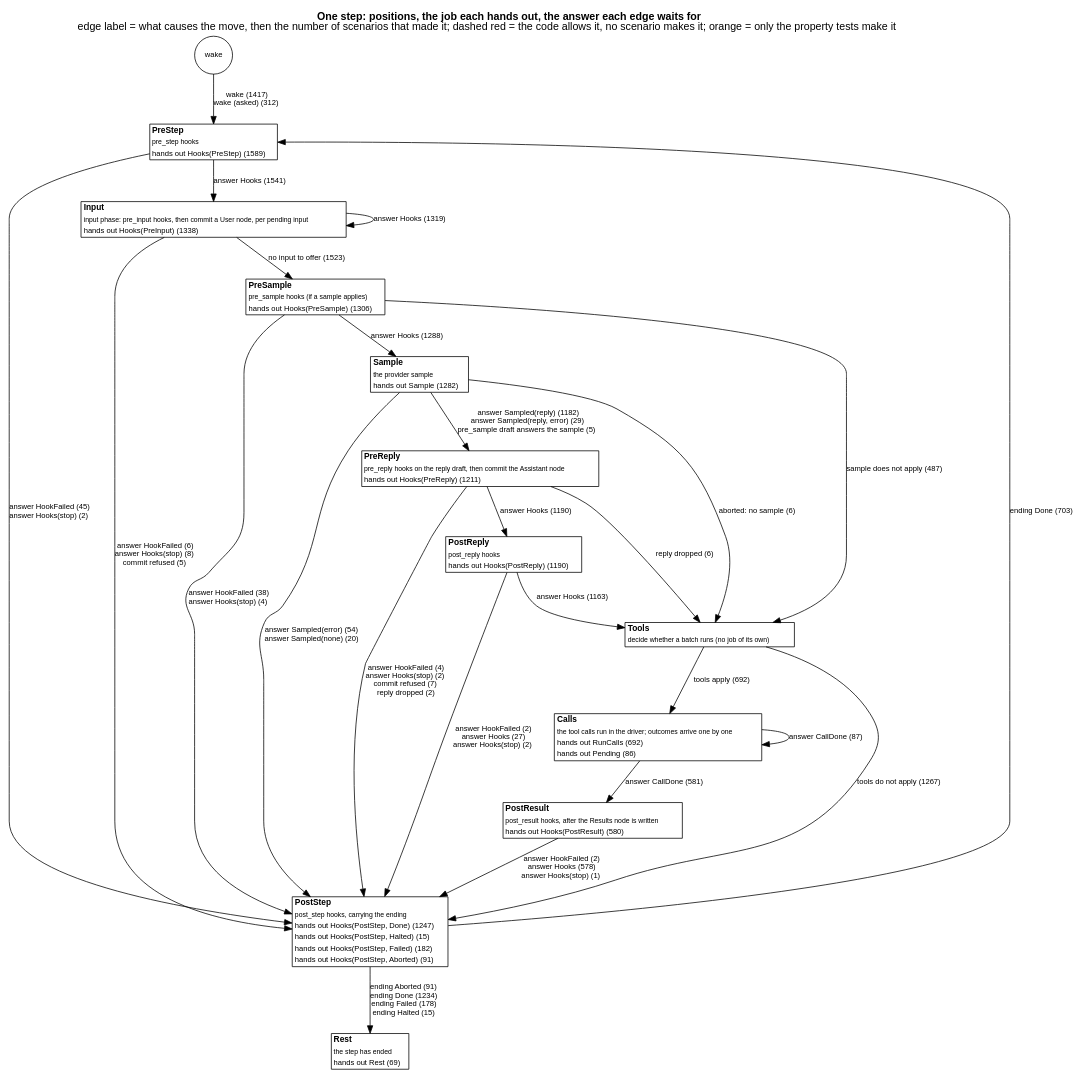
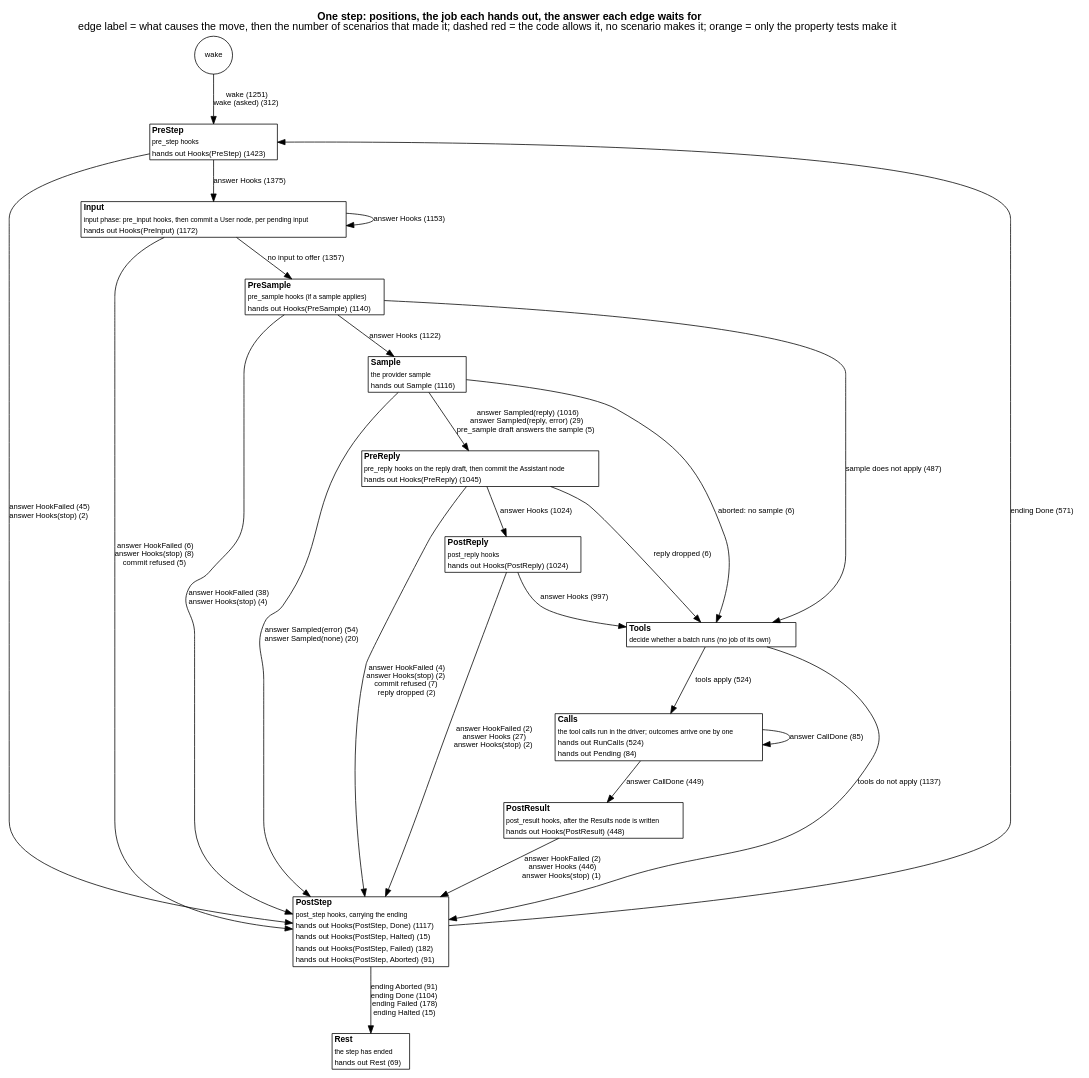
One commit to jmccardle/tau changed the diagram in docs/as-built/diagrams/step-positions.dot. Above: the diagram before and after it, drawn with Graphviz. The commit also changed 3 other files, not shown here.

First line of the commit message:
step-positions diagram re-rendered; a failing command's test says what is skipped

```diff
--- a/docs/as-built/diagrams/step-positions.dot
+++ b/docs/as-built/diagrams/step-positions.dot
@@ -1,42 +1,42 @@
 // Generated by scripts/diagrams.sh from the test suites' transitions. Do not edit.
 digraph step_positions {
   graph [rankdir=TB, fontname="Helvetica", nodesep=0.5, ranksep=0.6, labelloc=t, label=<<b>One step: positions, the job each hands out, the answer each edge waits for</b><br/>edge label = what causes the move, then the number of scenarios that made it; dashed red = the code allows it, no scenario makes it; orange = only the property tests make it>];
   node [shape=plain, fontname="Helvetica", fontsize=11];
   edge [fontname="Helvetica", fontsize=10];
   "(wake)" [shape=circle, label="wake", fontsize=10];
-  "PreStep" [label=<<table border="1" cellborder="0" cellspacing="0" bgcolor="white"><tr><td align="left"><b>PreStep</b></td></tr><tr><td align="left"><font point-size="9">pre_step hooks</font></td></tr><tr><td align="left"><font color="black" point-size="10">hands out Hooks(PreStep) (1589)</font></td></tr></table>>];
-  "Input" [label=<<table border="1" cellborder="0" cellspacing="0" bgcolor="white"><tr><td align="left"><b>Input</b></td></tr><tr><td align="left"><font point-size="9">input phase: pre_input hooks, then commit a User node, per pending input</font></td></tr><tr><td align="left"><font color="black" point-size="10">hands out Hooks(PreInput) (1338)</font></td></tr></table>>];
-  "PreSample" [label=<<table border="1" cellborder="0" cellspacing="0" bgcolor="white"><tr><td align="left"><b>PreSample</b></td></tr><tr><td align="left"><font point-size="9">pre_sample hooks (if a sample applies)</font></td></tr><tr><td align="left"><font color="black" point-size="10">hands out Hooks(PreSample) (1306)</font></td></tr></table>>];
-  "Sample" [label=<<table border="1" cellborder="0" cellspacing="0" bgcolor="white"><tr><td align="left"><b>Sample</b></td></tr><tr><td align="left"><font point-size="9">the provider sample</font></td></tr><tr><td align="left"><font color="black" point-size="10">hands out Sample (1282)</font></td></tr></table>>];
-  "PreReply" [label=<<table border="1" cellborder="0" cellspacing="0" bgcolor="white"><tr><td align="left"><b>PreReply</b></td></tr><tr><td align="left"><font point-size="9">pre_reply hooks on the reply draft, then commit the Assistant node</font></td></tr><tr><td align="left"><font color="black" point-size="10">hands out Hooks(PreReply) (1211)</font></td></tr></table>>];
-  "PostReply" [label=<<table border="1" cellborder="0" cellspacing="0" bgcolor="white"><tr><td align="left"><b>PostReply</b></td></tr><tr><td align="left"><font point-size="9">post_reply hooks</font></td></tr><tr><td align="left"><font color="black" point-size="10">hands out Hooks(PostReply) (1190)</font></td></tr></table>>];
+  "PreStep" [label=<<table border="1" cellborder="0" cellspacing="0" bgcolor="white"><tr><td align="left"><b>PreStep</b></td></tr><tr><td align="left"><font point-size="9">pre_step hooks</font></td></tr><tr><td align="left"><font color="black" point-size="10">hands out Hooks(PreStep) (1423)</font></td></tr></table>>];
+  "Input" [label=<<table border="1" cellborder="0" cellspacing="0" bgcolor="white"><tr><td align="left"><b>Input</b></td></tr><tr><td align="left"><font point-size="9">input phase: pre_input hooks, then commit a User node, per pending input</font></td></tr><tr><td align="left"><font color="black" point-size="10">hands out Hooks(PreInput) (1172)</font></td></tr></table>>];
+  "PreSample" [label=<<table border="1" cellborder="0" cellspacing="0" bgcolor="white"><tr><td align="left"><b>PreSample</b></td></tr><tr><td align="left"><font point-size="9">pre_sample hooks (if a sample applies)</font></td></tr><tr><td align="left"><font color="black" point-size="10">hands out Hooks(PreSample) (1140)</font></td></tr></table>>];
+  "Sample" [label=<<table border="1" cellborder="0" cellspacing="0" bgcolor="white"><tr><td align="left"><b>Sample</b></td></tr><tr><td align="left"><font point-size="9">the provider sample</font></td></tr><tr><td align="left"><font color="black" point-size="10">hands out Sample (1116)</font></td></tr></table>>];
+  "PreReply" [label=<<table border="1" cellborder="0" cellspacing="0" bgcolor="white"><tr><td align="left"><b>PreReply</b></td></tr><tr><td align="left"><font point-size="9">pre_reply hooks on the reply draft, then commit the Assistant node</font></td></tr><tr><td align="left"><font color="black" point-size="10">hands out Hooks(PreReply) (1045)</font></td></tr></table>>];
+  "PostReply" [label=<<table border="1" cellborder="0" cellspacing="0" bgcolor="white"><tr><td align="left"><b>PostReply</b></td></tr><tr><td align="left"><font point-size="9">post_reply hooks</font></td></tr><tr><td align="left"><font color="black" point-size="10">hands out Hooks(PostReply) (1024)</font></td></tr></table>>];
   "Tools" [label=<<table border="1" cellborder="0" cellspacing="0" bgcolor="white"><tr><td align="left"><b>Tools</b></td></tr><tr><td align="left"><font point-size="9">decide whether a batch runs (no job of its own)</font></td></tr></table>>];
-  "Calls" [label=<<table border="1" cellborder="0" cellspacing="0" bgcolor="white"><tr><td align="left"><b>Calls</b></td></tr><tr><td align="left"><font point-size="9">the tool calls run in the driver; outcomes arrive one by one</font></td></tr><tr><td align="left"><font color="black" point-size="10">hands out RunCalls (692)</font></td></tr><tr><td align="left"><font color="black" point-size="10">hands out Pending (86)</font></td></tr></table>>];
-  "PostResult" [label=<<table border="1" cellborder="0" cellspacing="0" bgcolor="white"><tr><td align="left"><b>PostResult</b></td></tr><tr><td align="left"><font point-size="9">post_result hooks, after the Results node is written</font></td></tr><tr><td align="left"><font color="black" point-size="10">hands out Hooks(PostResult) (580)</font></td></tr></table>>];
-  "PostStep" [label=<<table border="1" cellborder="0" cellspacing="0" bgcolor="white"><tr><td align="left"><b>PostStep</b></td></tr><tr><td align="left"><font point-size="9">post_step hooks, carrying the ending</font></td></tr><tr><td align="left"><font color="black" point-size="10">hands out Hooks(PostStep, Done) (1247)</font></td></tr><tr><td align="left"><font color="black" point-size="10">hands out Hooks(PostStep, Halted) (15)</font></td></tr><tr><td align="left"><font color="black" point-size="10">hands out Hooks(PostStep, Failed) (182)</font></td></tr><tr><td align="left"><font color="black" point-size="10">hands out Hooks(PostStep, Aborted) (91)</font></td></tr></table>>];
+  "Calls" [label=<<table border="1" cellborder="0" cellspacing="0" bgcolor="white"><tr><td align="left"><b>Calls</b></td></tr><tr><td align="left"><font point-size="9">the tool calls run in the driver; outcomes arrive one by one</font></td></tr><tr><td align="left"><font color="black" point-size="10">hands out RunCalls (524)</font></td></tr><tr><td align="left"><font color="black" point-size="10">hands out Pending (84)</font></td></tr></table>>];
+  "PostResult" [label=<<table border="1" cellborder="0" cellspacing="0" bgcolor="white"><tr><td align="left"><b>PostResult</b></td></tr><tr><td align="left"><font point-size="9">post_result hooks, after the Results node is written</font></td></tr><tr><td align="left"><font color="black" point-size="10">hands out Hooks(PostResult) (448)</font></td></tr></table>>];
+  "PostStep" [label=<<table border="1" cellborder="0" cellspacing="0" bgcolor="white"><tr><td align="left"><b>PostStep</b></td></tr><tr><td align="left"><font point-size="9">post_step hooks, carrying the ending</font></td></tr><tr><td align="left"><font color="black" point-size="10">hands out Hooks(PostStep, Done) (1117)</font></td></tr><tr><td align="left"><font color="black" point-size="10">hands out Hooks(PostStep, Halted) (15)</font></td></tr><tr><td align="left"><font color="black" point-size="10">hands out Hooks(PostStep, Failed) (182)</font></td></tr><tr><td align="left"><font color="black" point-size="10">hands out Hooks(PostStep, Aborted) (91)</font></td></tr></table>>];
   "Rest" [label=<<table border="1" cellborder="0" cellspacing="0" bgcolor="white"><tr><td align="left"><b>Rest</b></td></tr><tr><td align="left"><font point-size="9">the step has ended</font></td></tr><tr><td align="left"><font color="black" point-size="10">hands out Rest (69)</font></td></tr></table>>];
-  "(wake)" -> "PreStep" [label=<wake (1417)<br/>wake (asked) (312)>, color="black", style=solid];
-  "Calls" -> "Calls" [label=<answer CallDone (87)>, color="black", style=solid];
-  "Calls" -> "PostResult" [label=<answer CallDone (581)>, color="black", style=solid];
-  "Input" -> "Input" [label=<answer Hooks (1319)>, color="black", style=solid];
+  "(wake)" -> "PreStep" [label=<wake (1251)<br/>wake (asked) (312)>, color="black", style=solid];
+  "Calls" -> "Calls" [label=<answer CallDone (85)>, color="black", style=solid];
+  "Calls" -> "PostResult" [label=<answer CallDone (449)>, color="black", style=solid];
+  "Input" -> "Input" [label=<answer Hooks (1153)>, color="black", style=solid];
   "Input" -> "PostStep" [label=<answer HookFailed (6)<br/>answer Hooks(stop) (8)<br/>commit refused (5)>, color="black", style=solid];
-  "Input" -> "PreSample" [label=<no input to offer (1523)>, color="black", style=solid];
+  "Input" -> "PreSample" [label=<no input to offer (1357)>, color="black", style=solid];
   "PostReply" -> "PostStep" [label=<answer HookFailed (2)<br/>answer Hooks (27)<br/>answer Hooks(stop) (2)>, color="black", style=solid];
-  "PostReply" -> "Tools" [label=<answer Hooks (1163)>, color="black", style=solid];
-  "PostResult" -> "PostStep" [label=<answer HookFailed (2)<br/>answer Hooks (578)<br/>answer Hooks(stop) (1)>, color="black", style=solid];
-  "PostStep" -> "PreStep" [label=<ending Done (703)>, color="black", style=solid];
-  "PostStep" -> "Rest" [label=<ending Aborted (91)<br/>ending Done (1234)<br/>ending Failed (178)<br/>ending Halted (15)>, color="black", style=solid];
-  "PreReply" -> "PostReply" [label=<answer Hooks (1190)>, color="black", style=solid];
+  "PostReply" -> "Tools" [label=<answer Hooks (997)>, color="black", style=solid];
+  "PostResult" -> "PostStep" [label=<answer HookFailed (2)<br/>answer Hooks (446)<br/>answer Hooks(stop) (1)>, color="black", style=solid];
+  "PostStep" -> "PreStep" [label=<ending Done (571)>, color="black", style=solid];
+  "PostStep" -> "Rest" [label=<ending Aborted (91)<br/>ending Done (1104)<br/>ending Failed (178)<br/>ending Halted (15)>, color="black", style=solid];
+  "PreReply" -> "PostReply" [label=<answer Hooks (1024)>, color="black", style=solid];
   "PreReply" -> "PostStep" [label=<answer HookFailed (4)<br/>answer Hooks(stop) (2)<br/>commit refused (7)<br/>reply dropped (2)>, color="black", style=solid];
   "PreReply" -> "Tools" [label=<reply dropped (6)>, color="black", style=solid];
   "PreSample" -> "PostStep" [label=<answer HookFailed (38)<br/>answer Hooks(stop) (4)>, color="black", style=solid];
-  "PreSample" -> "Sample" [label=<answer Hooks (1288)>, color="black", style=solid];
+  "PreSample" -> "Sample" [label=<answer Hooks (1122)>, color="black", style=solid];
   "PreSample" -> "Tools" [label=<sample does not apply (487)>, color="black", style=solid];
-  "PreStep" -> "Input" [label=<answer Hooks (1541)>, color="black", style=solid];
+  "PreStep" -> "Input" [label=<answer Hooks (1375)>, color="black", style=solid];
   "PreStep" -> "PostStep" [label=<answer HookFailed (45)<br/>answer Hooks(stop) (2)>, color="black", style=solid];
   "Sample" -> "PostStep" [label=<answer Sampled(error) (54)<br/>answer Sampled(none) (20)>, color="black", style=solid];
-  "Sample" -> "PreReply" [label=<answer Sampled(reply) (1182)<br/>answer Sampled(reply, error) (29)<br/>pre_sample draft answers the sample (5)>, color="black", style=solid];
+  "Sample" -> "PreReply" [label=<answer Sampled(reply) (1016)<br/>answer Sampled(reply, error) (29)<br/>pre_sample draft answers the sample (5)>, color="black", style=solid];
   "Sample" -> "Tools" [label=<aborted: no sample (6)>, color="black", style=solid];
-  "Tools" -> "Calls" [label=<tools apply (692)>, color="black", style=solid];
-  "Tools" -> "PostStep" [label=<tools do not apply (1267)>, color="black", style=solid];
+  "Tools" -> "Calls" [label=<tools apply (524)>, color="black", style=solid];
+  "Tools" -> "PostStep" [label=<tools do not apply (1137)>, color="black", style=solid];
 }
```
